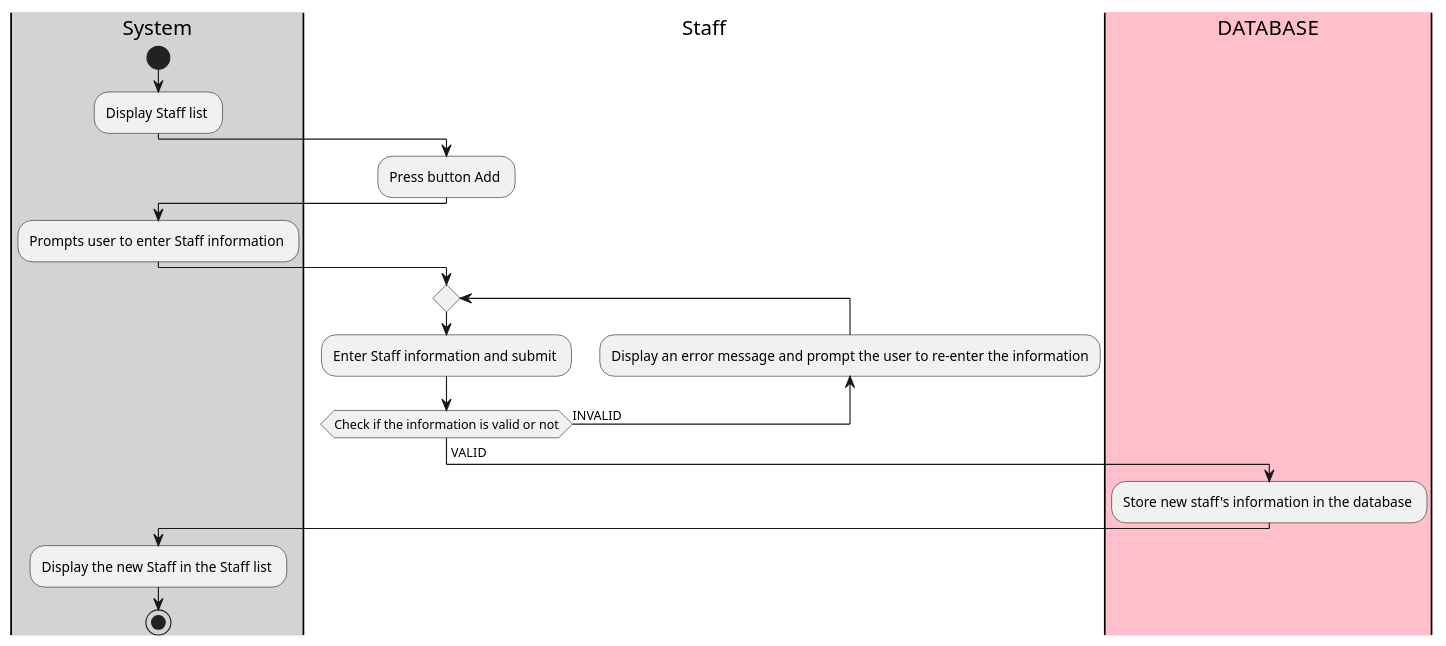
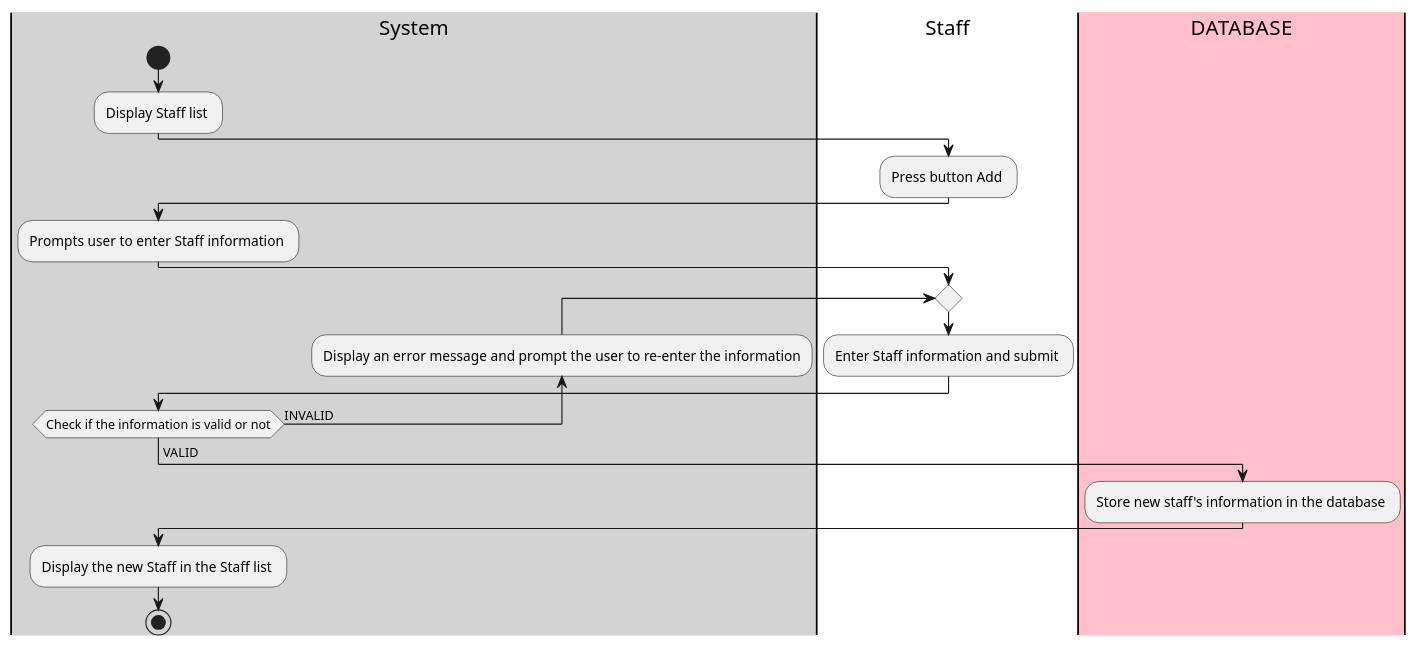
The diagram in Lab1.2/Activity/code/add_staff.puml (thanhLoc1087/SE357-Pratice-class), drawn with PlantUML before and after one commit. The commit also changed 7 other files, not shown here.

```diff
--- a/Lab1.2/Activity/code/add_staff.puml
+++ b/Lab1.2/Activity/code/add_staff.puml
@@ -1,22 +1,23 @@
 @startuml
 
 |#lightgray|System|
 start
 :Display Staff list ;
 |#White|Staff|
 :Press button Add ;
 |#lightgray|System|
 :Prompts user to enter Staff information ;
 |#White|Staff|
 repeat
   :Enter Staff information and submit ;
+  |#lightgray|System|
 backward:Display an error message and prompt the user to re-enter the information;
 repeat while (Check if the information is valid or not) is (INVALID)
 -> VALID;
 |#pink|DATABASE|
 :Store new staff's information in the database ; 
 |#lightgray|System|
 :Display the new Staff in the Staff list ;
 stop
 
 @enduml
```
